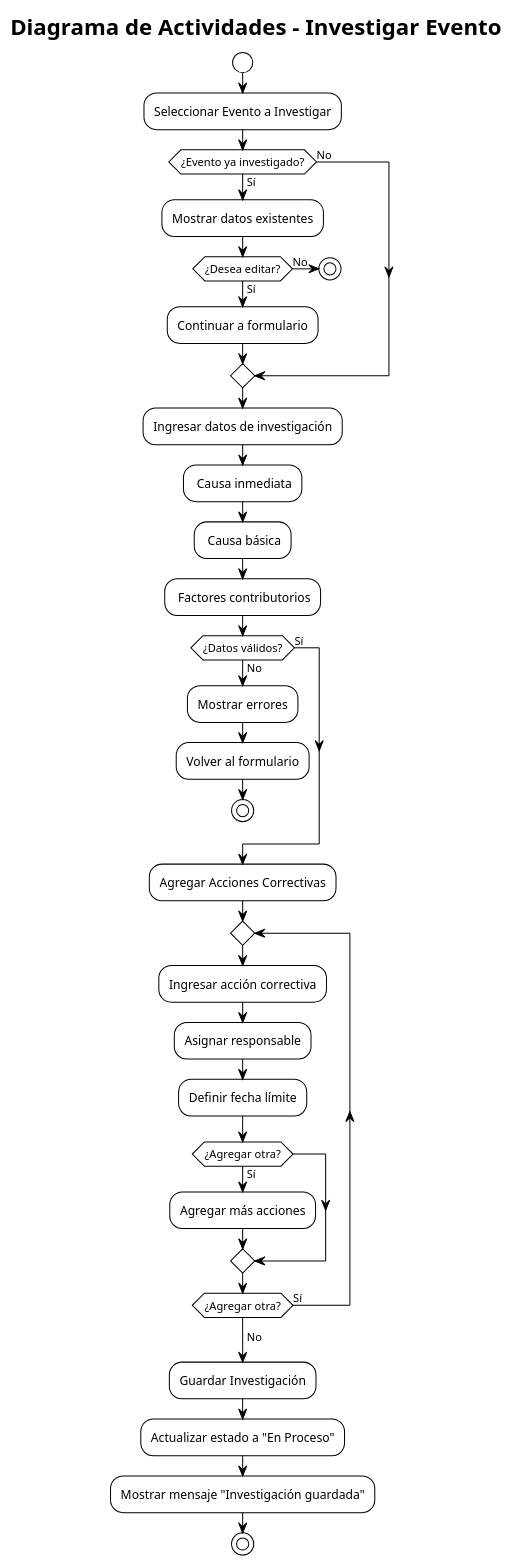
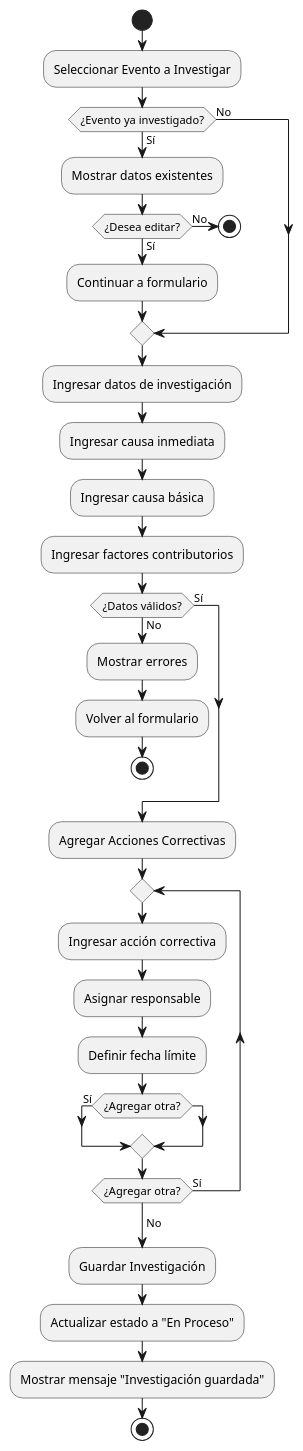
Before and after one commit to BrayanZR29/SST: the diagram in planeacion/uml/04-actividad-investigacion.puml, drawn with PlantUML. The commit also changed 14 other files, not shown here.

```diff
--- a/planeacion/uml/04-actividad-investigacion.puml
+++ b/planeacion/uml/04-actividad-investigacion.puml
@@ -1,52 +1,43 @@
 @startuml ActividadesInvestigacion
-!theme plain
-
-title Diagrama de Actividades - Investigar Evento
-
 start
 
 :Seleccionar Evento a Investigar;
 
 if (¿Evento ya investigado?) then (Sí)
     :Mostrar datos existentes;
     if (¿Desea editar?) then (Sí)
         :Continuar a formulario;
     else (No)
         stop
     endif
 else (No)
 endif
 
 :Ingresar datos de investigación;
-  - Causa inmediata
-  - Causa básica
-  - Factores contributorios
+:Ingresar causa inmediata;
+:Ingresar causa básica;
+:Ingresar factores contributorios;
 
 if (¿Datos válidos?) then (No)
     :Mostrar errores;
     :Volver al formulario;
     stop
 else (Sí)
 endif
 
 :Agregar Acciones Correctivas;
 
 repeat
     :Ingresar acción correctiva;
     :Asignar responsable;
     :Definir fecha límite;
     if (¿Agregar otra?) then (Sí)
-        :Agregar más acciones;
     endif
 repeat while (¿Agregar otra?) is (Sí)
 ->No;
 
 :Guardar Investigación;
-
 :Actualizar estado a "En Proceso";
-
 :Mostrar mensaje "Investigación guardada";
-
 stop
-
 @enduml
```
